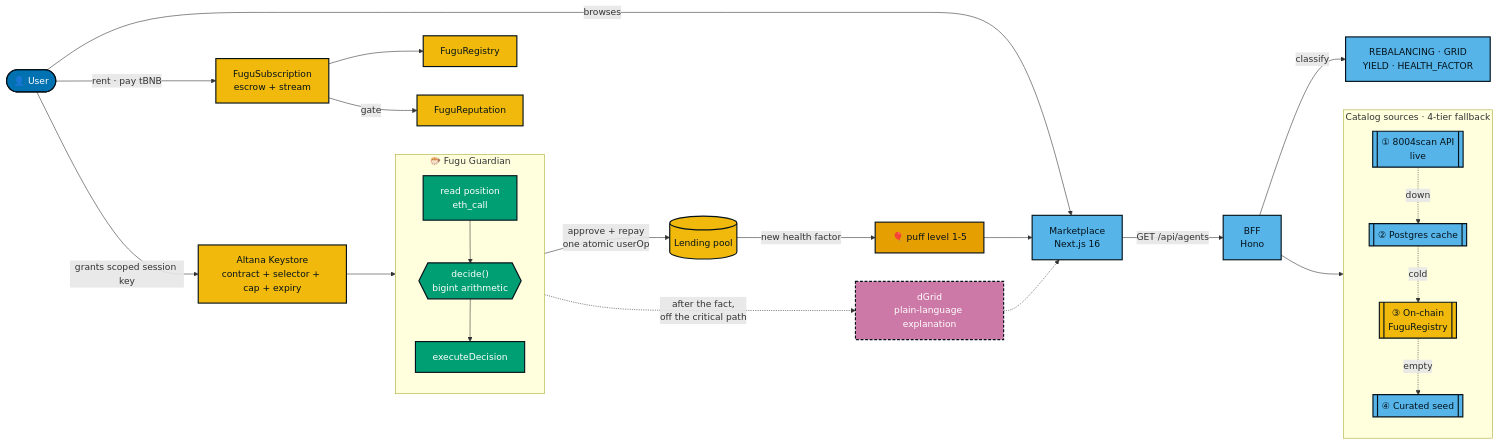
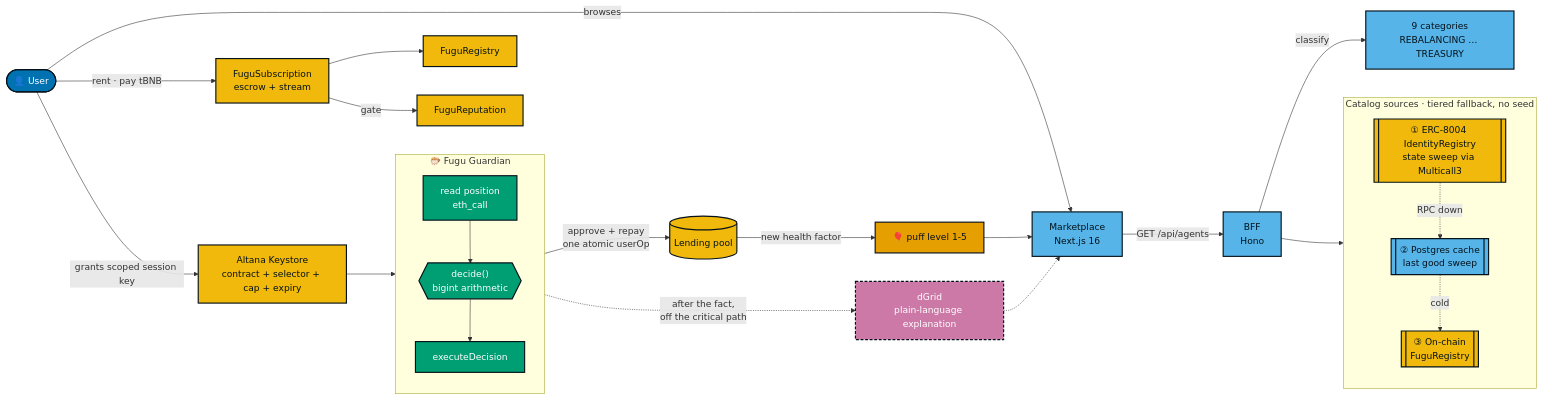
One commit to Lexirieru/fugugent changed the first of 2 diagrams in README.md. Above: the diagram before and after it, drawn with Mermaid. The commit also changed other lines of this file and 7 other files, not shown here.

````diff
--- a/README.md
+++ b/README.md
@@ -243,51 +258,50 @@
 ```mermaid
 flowchart LR
     U([👤 User]) -->|browses| FE[Marketplace<br/>Next.js 16]
     FE -->|GET /api/agents| BE[BFF<br/>Hono]
 
-    subgraph SRC[Catalog sources · 4-tier fallback]
+    subgraph SRC[Catalog sources · tiered fallback, no seed]
         direction TB
-        T1[["① 8004scan API<br/>live"]]
-        T2[["② Postgres cache"]]
+        T1[["① ERC-8004 IdentityRegistry<br/>state sweep via Multicall3"]]
+        T2[["② Postgres cache<br/>last good sweep"]]
         T3[["③ On-chain<br/>FuguRegistry"]]
-        T4[["④ Curated seed"]]
-        T1 -.->|down| T2 -.->|cold| T3 -.->|empty| T4
+        T1 -.->|RPC down| T2 -.->|cold| T3
     end
 
     BE --> SRC
-    BE -->|classify| CAT[REBALANCING · GRID<br/>YIELD · HEALTH_FACTOR]
+    BE -->|classify| CAT[9 categories<br/>REBALANCING … TREASURY]
 
     U -->|rent · pay tBNB| SUB[FuguSubscription<br/>escrow + stream]
     SUB --> REG[FuguRegistry]
     SUB -->|gate| REP[FuguReputation]
 
     U -->|grants scoped session key| KS[Altana Keystore<br/>contract + selector + cap + expiry]
 
     subgraph AG[🐡 Fugu Guardian]
         direction TB
         READ[read position<br/>eth_call] --> DEC{{"decide()<br/>bigint arithmetic"}}
         DEC --> EXE[executeDecision]
     end
 
     KS --> AG
     AG -->|approve + repay<br/>one atomic userOp| POOL[(Lending pool)]
     POOL -->|new health factor| BLOAT[🎈 puff level 1-5]
     BLOAT --> FE
 
     DEC -.->|after the fact,<br/>off the critical path| LLM[dGrid<br/>plain-language explanation]
     LLM -.-> FE
 
     classDef user fill:#0072B2,stroke:#05121A,stroke-width:2px,color:#fff
     classDef app fill:#56B4E9,stroke:#05121A,stroke-width:2px,color:#05121A
     classDef chain fill:#F0B90B,stroke:#05121A,stroke-width:2px,color:#05121A
     classDef agent fill:#009E73,stroke:#05121A,stroke-width:2px,color:#fff
     classDef llm fill:#CC79A7,stroke:#05121A,stroke-width:2px,color:#fff,stroke-dasharray: 5 3
     classDef risk fill:#E69F00,stroke:#05121A,stroke-width:2px,color:#05121A
 
     class U user
-    class FE,BE,CAT,T1,T2,T4 app
-    class REG,SUB,REP,KS,POOL,T3 chain
+    class FE,BE,CAT,T2 app
+    class REG,SUB,REP,KS,POOL,T1,T3 chain
     class READ,DEC,EXE agent
     class LLM llm
     class BLOAT risk
 ```
````
